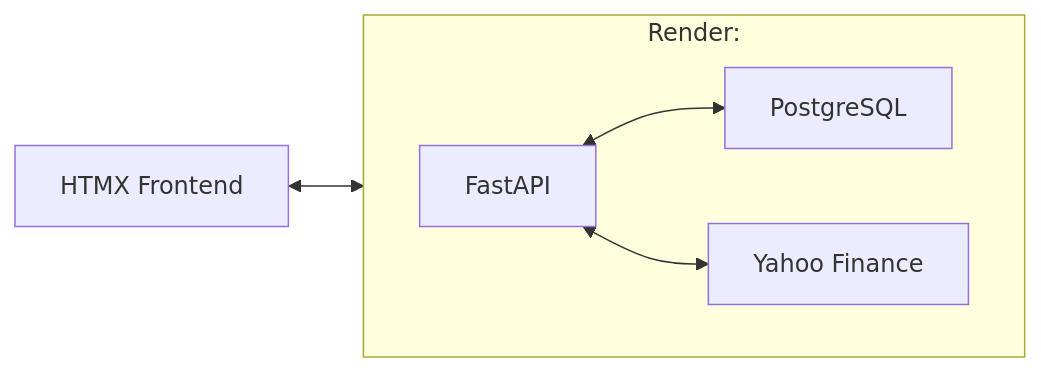
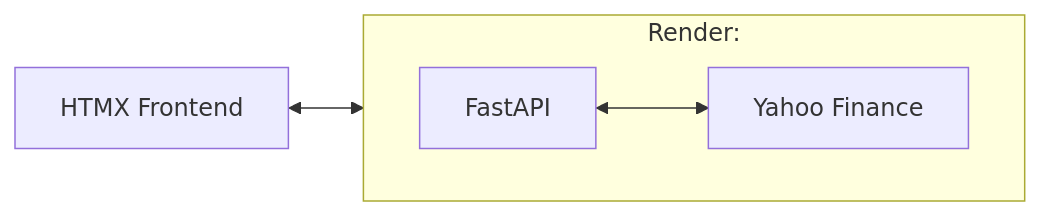
One commit to ricoslaststand/stock-backtesting-tool changed the diagram in README.md. Above: the diagram before and after it, drawn with Mermaid.

Commit message:
Updated README doc

````diff
--- a/README.md
+++ b/README.md
@@ -23,10 +23,9 @@
 ```mermaid
 
 flowchart LR
     frontend[HTMX Frontend]<-->FastAPI
     subgraph Render:
         direction LR
-        FastAPI<-->PostgreSQL
         FastAPI<-->yahoo-finance[Yahoo Finance]
     end
 ```
````
